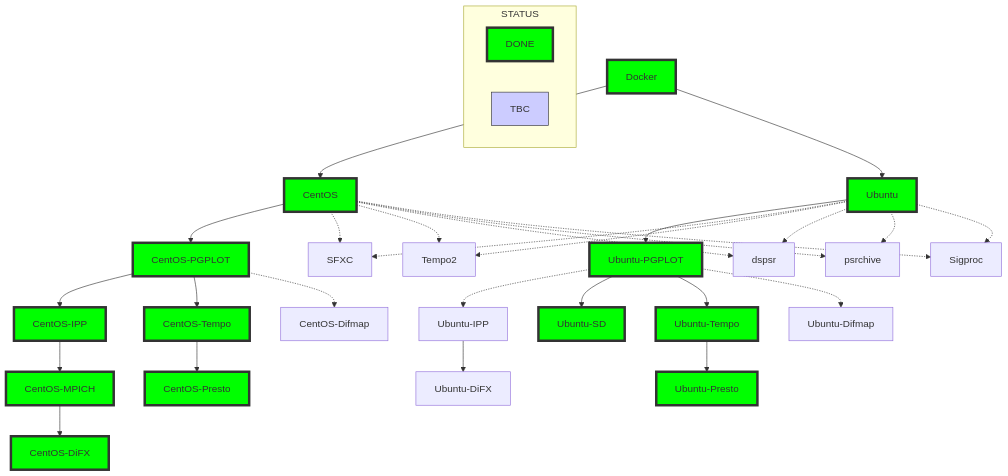
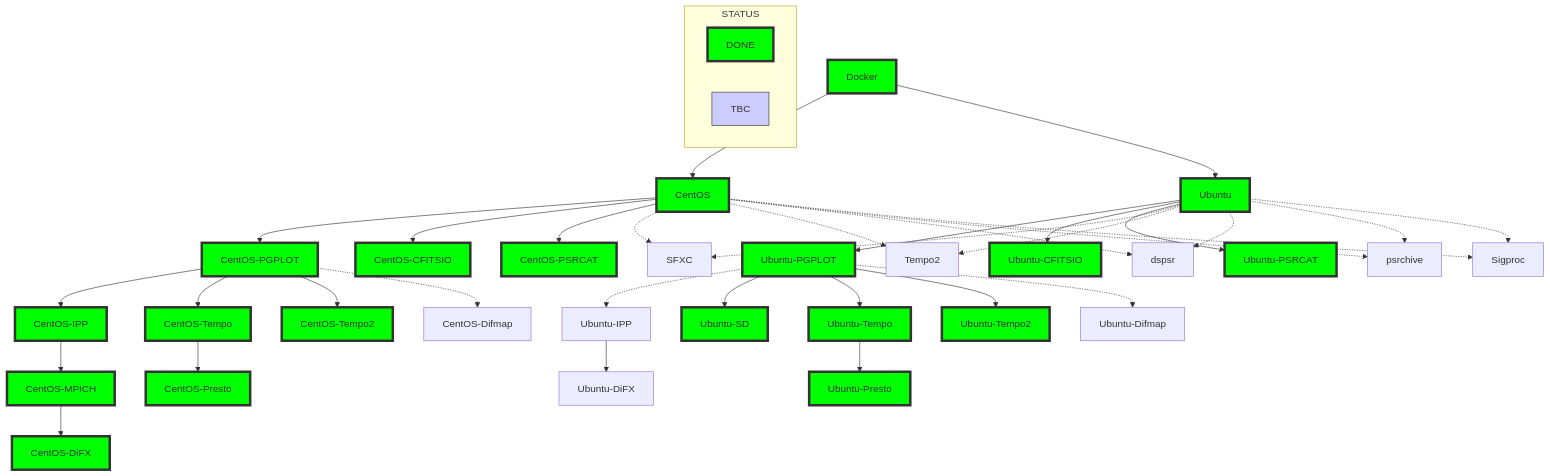
The diagram in images/README.md (shaoguangleo/AstroSoft), drawn with Mermaid before and after one commit. The commit also changed 5 other files, not shown here.

````diff
--- a/images/README.md
+++ b/images/README.md
@@ -1,62 +1,78 @@
 ```mermaid
 graph TD;
     Docker --> CentOS;
     Docker --> Ubuntu;
 
 
     CentOS --> CentOS-PGPLOT;
+    
+    CentOS --> CentOS-CFITSIO;
+    
+    CentOS --> CentOS-PSRCAT;
 
     CentOS-PGPLOT --> CentOS-IPP;
     CentOS-PGPLOT --> CentOS-Tempo;
+    CentOS-PGPLOT --> CentOS-Tempo2;
 
     CentOS-IPP --> CentOS-MPICH;
     CentOS-MPICH --> CentOS-DiFX;
     CentOS-Tempo --> CentOS-Presto;
 
     Ubuntu --> Ubuntu-PGPLOT;
+    
+    Ubuntu --> Ubuntu-CFITSIO;
+    
+    Ubuntu --> Ubuntu-PSRCAT;
 
     Ubuntu-PGPLOT -.-> Ubuntu-IPP;
     Ubuntu-PGPLOT --> Ubuntu-SD;
     Ubuntu-PGPLOT --> Ubuntu-Tempo;
+    Ubuntu-PGPLOT --> Ubuntu-Tempo2;
 
     Ubuntu-IPP --> Ubuntu-DiFX;
     Ubuntu-Tempo --> Ubuntu-Presto;
 
     CentOS -.-> SFXC;
     Ubuntu -.-> SFXC;
     CentOS -.-> Tempo2;
     Ubuntu -.-> Tempo2;
     CentOS-PGPLOT -.-> CentOS-Difmap;
     Ubuntu-PGPLOT -.-> Ubuntu-Difmap;
     CentOS -.-> dspsr;
     Ubuntu -.-> dspsr;
     CentOS -.-> psrchive;
     Ubuntu -.-> psrchive;
     CentOS -.-> Sigproc;
     Ubuntu -.-> Sigproc;
 
 %% The color status  %%
     style Docker fill:#0f0,stroke:#333,stroke-width:4px;
 
     style CentOS fill:#0f0,stroke:#333,stroke-width:4px;
     style CentOS-PGPLOT fill:#0f0,stroke:#333,stroke-width:4px;
+    style CentOS-CFITSIO fill:#0f0,stroke:#333,stroke-width:4px;
+    style CentOS-PSRCAT fill:#0f0,stroke:#333,stroke-width:4px;
     style CentOS-IPP fill:#0f0,stroke:#333,stroke-width:4px;
     style CentOS-MPICH fill:#0f0,stroke:#333,stroke-width:4px;
     style CentOS-DiFX fill:#0f0,stroke:#333,stroke-width:4px;
     style CentOS-Tempo fill:#0f0,stroke:#333,stroke-width:4px;
+    style CentOS-Tempo2 fill:#0f0,stroke:#333,stroke-width:4px;
     style CentOS-Presto fill:#0f0,stroke:#333,stroke-width:4px;
 
     style Ubuntu fill:#0f0,stroke:#333,stroke-width:4px;
     style Ubuntu-PGPLOT fill:#0f0,stroke:#333,stroke-width:4px;
+    style Ubuntu-CFITSIO fill:#0f0,stroke:#333,stroke-width:4px;
+    style Ubuntu-PSRCAT fill:#0f0,stroke:#333,stroke-width:4px;
     style Ubuntu-SD fill:#0f0,stroke:#333,stroke-width:4px;
     style Ubuntu-Tempo fill:#0f0,stroke:#333,stroke-width:4px;
+    style Ubuntu-Tempo2 fill:#0f0,stroke:#333,stroke-width:4px;
     style Ubuntu-Presto fill:#0f0,stroke:#333,stroke-width:4px;
 
 
     subgraph STATUS
     DONE
     TBC
     style DONE fill:#0f0,stroke:#333,stroke-width:4px;
     style TBC fill:#ccf,stroke:#333,stroke-width:1px;
     end
 ```
````
